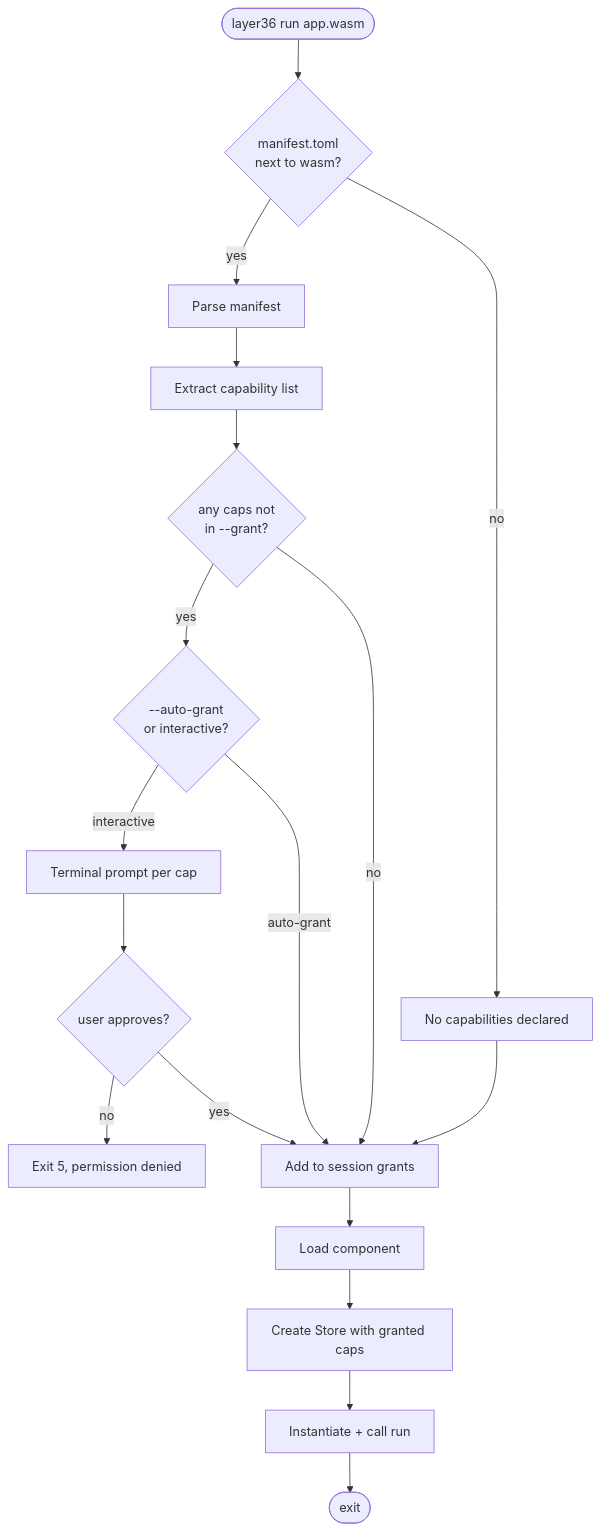
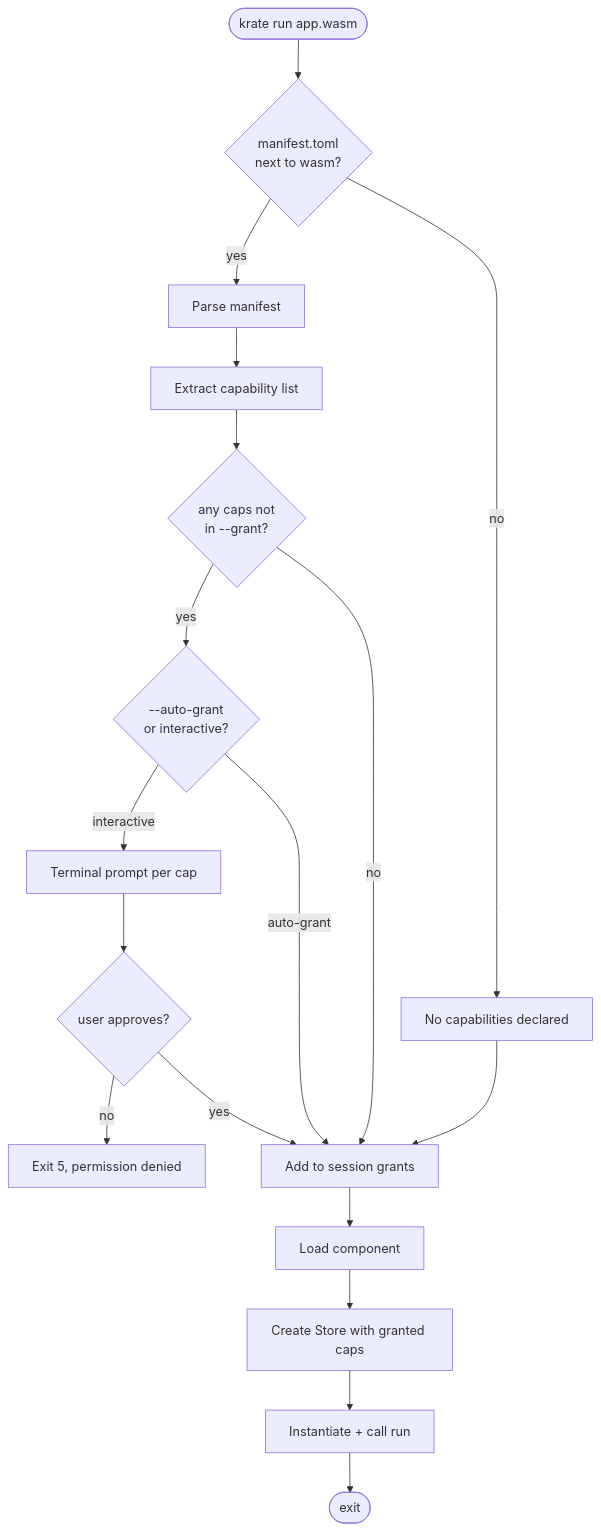
The third of 5 diagrams in Plan/Phase-2-Plan.md (incyashraj/krate), drawn with Mermaid before and after one commit. The commit also changed other lines of this file and 342 other files, not shown here.

First line of the commit message:
feat!: rename Layer36 to Krate across the entire system (A9 Phase B)

````diff
--- a/Plan/Phase-2-Plan.md
+++ b/Plan/Phase-2-Plan.md
@@ -210,20 +210,20 @@
 ```mermaid
 flowchart TD
-    A([layer36 run app.wasm]) --> B{manifest.toml<br/>next to wasm?}
+    A([krate run app.wasm]) --> B{manifest.toml<br/>next to wasm?}
     B -- no --> C[No capabilities declared]
     B -- yes --> D[Parse manifest]
     D --> E[Extract capability list]
     E --> F{any caps not<br/>in --grant?}
     F -- yes --> G{--auto-grant<br/>or interactive?}
     G -- interactive --> H[Terminal prompt per cap]
     H --> I{user approves?}
     I -- no --> REJECT[Exit 5, permission denied]
     I -- yes --> J[Add to session grants]
     G -- auto-grant --> J
     F -- no --> J
     C --> J
     J --> K[Load component]
     K --> L[Create Store with granted caps]
     L --> M[Instantiate + call run]
     M --> DONE([exit])
 ```
````
